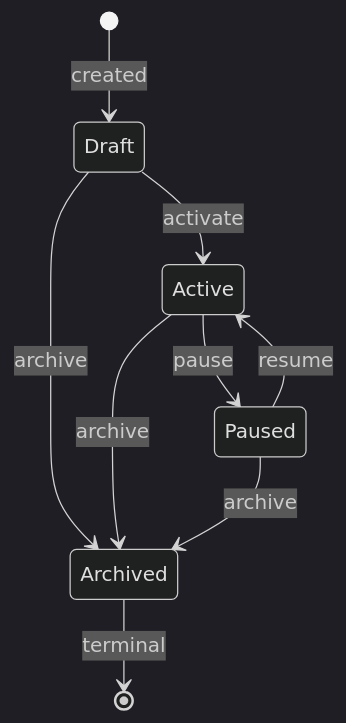
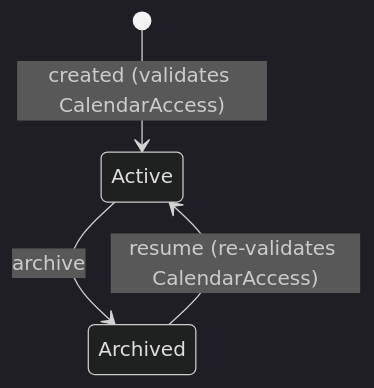
Before and after one commit to iravelmakina/syncify: the second of 2 diagrams in docs/adr/adr-004-aggregate-design.md, drawn with Mermaid (dark theme). The commit also changed other lines of this file and 3 other files, not shown here.

````diff
--- a/docs/adr/adr-004-aggregate-design.md
+++ b/docs/adr/adr-004-aggregate-design.md
@@ -94,11 +67,6 @@
 ```mermaid
 stateDiagram-v2
-    [*] --> Draft : created
-    Draft --> Active : activate
-    Active --> Paused : pause
-    Paused --> Active : resume
-    Draft --> Archived : archive
+    [*] --> Active : created (validates CalendarAccess)
     Active --> Archived : archive
-    Paused --> Archived : archive
-    Archived --> [*] : terminal
+    Archived --> Active : resume (re-validates CalendarAccess)
 ```
````
